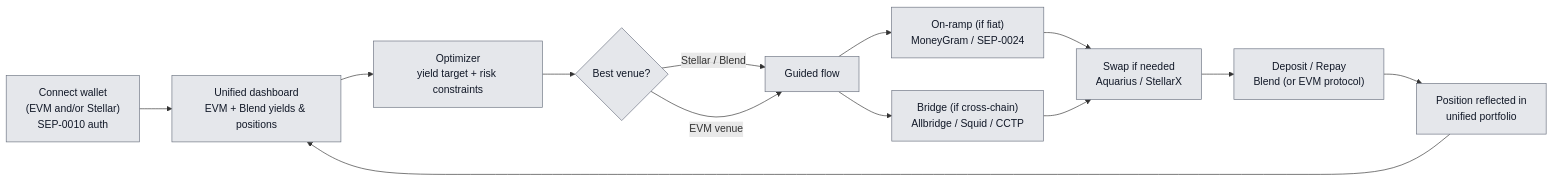
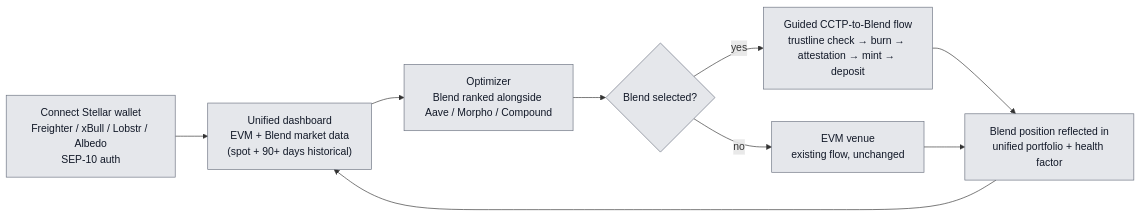
Before and after one commit to cedricmagne/lendwise: the sixth of 6 diagrams in docs/architecture-stellar-integration.md, drawn with Mermaid. The commit also changed other lines of this file and 1 other file, not shown here.

Commit message:
chore: update architecture stellar & bland diagram

````diff
--- a/docs/architecture-stellar-integration.md
+++ b/docs/architecture-stellar-integration.md
@@ -226,18 +305,14 @@
 ```mermaid
 flowchart LR
-    A["Connect wallet<br/>(EVM and/or Stellar)<br/>SEP-0010 auth"] --> B["Unified dashboard<br/>EVM + Blend yields & positions"]
-    B --> C["Optimizer<br/>yield target + risk constraints"]
-    C --> D{"Best venue?"}
-    D -->|"Stellar / Blend"| E["Guided flow"]
-    D -->|"EVM venue"| E
-    E --> F["On-ramp (if fiat)<br/>MoneyGram / SEP-0024"]
-    E --> G["Bridge (if cross-chain)<br/>Allbridge / Squid / CCTP"]
-    F --> H["Swap if needed<br/>Aquarius / StellarX"]
-    G --> H
-    H --> I["Deposit / Repay<br/>Blend (or EVM protocol)"]
-    I --> J["Position reflected in<br/>unified portfolio"]
-    J --> B
+    A["Connect Stellar wallet<br/>Freighter / xBull / Lobstr / Albedo<br/>SEP-10 auth"] --> B["Unified dashboard<br/>EVM + Blend market data<br/>(spot + 90+ days historical)"]
+    B --> C["Optimizer<br/>Blend ranked alongside Aave / Morpho / Compound"]
+    C --> D{"Blend selected?"}
+    D -->|"yes"| E["Guided CCTP-to-Blend flow<br/>trustline check → burn → attestation → mint → deposit"]
+    D -->|"no"| F["EVM venue<br/>existing flow, unchanged"]
+    E --> G["Blend position reflected in<br/>unified portfolio + health factor"]
+    F --> G
+    G --> B
 
     classDef core fill:#e5e7eb,stroke:#6b7280,color:#111827;
-    class A,B,C,D,E,F,G,H,I,J core;
+    class A,B,C,D,E,F,G core;
 ```
````
